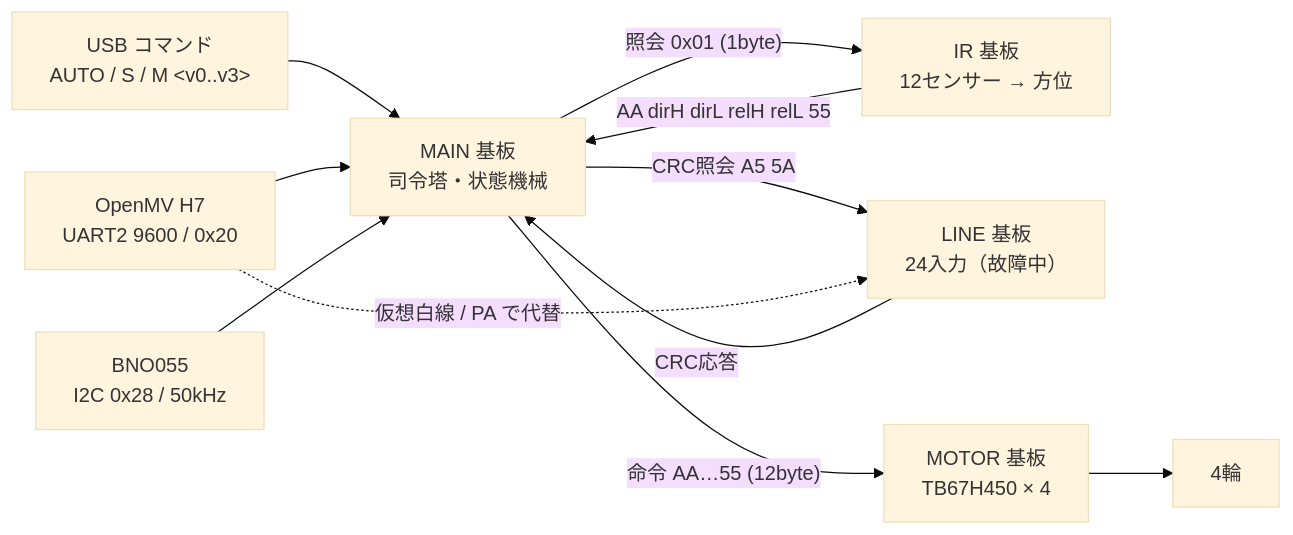
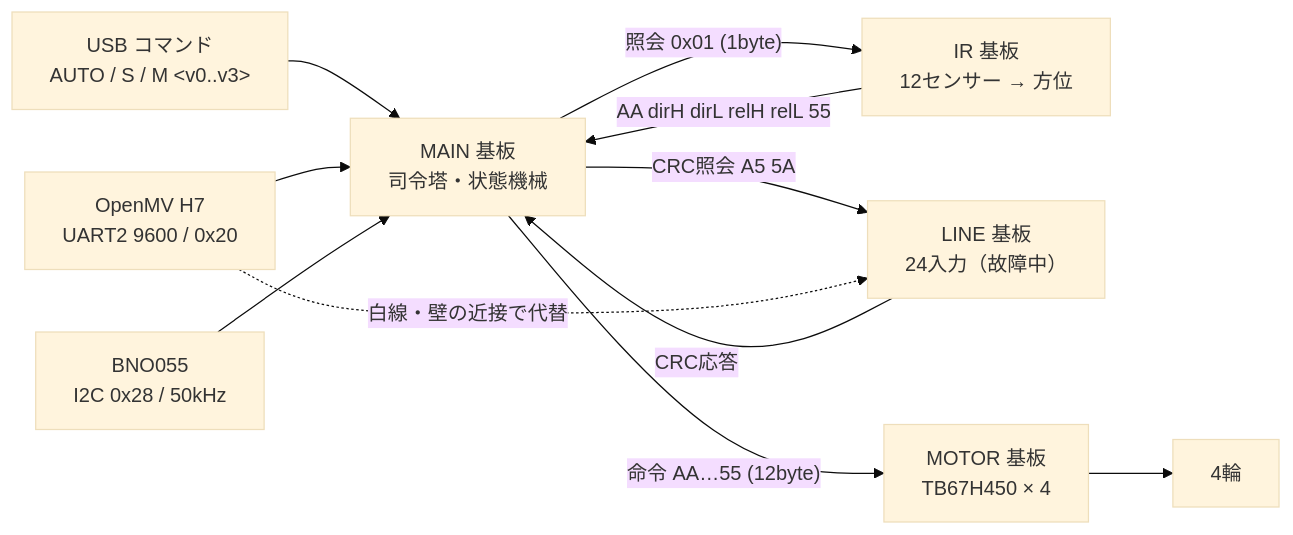
Before and after one commit to naeishuu-collab/soccer-robot-competition-firmware: the first of 2 diagrams in soccer_camera/CODE_AT_A_GLANCE_JA.md, drawn with Mermaid (base theme). The commit also changed other lines of this file and 16 other files, not shown here.

````diff
--- a/soccer_camera/CODE_AT_A_GLANCE_JA.md
+++ b/soccer_camera/CODE_AT_A_GLANCE_JA.md
@@ -37,13 +37,13 @@
 ```mermaid
 flowchart LR
     USB["USB コマンド<br/>AUTO / S / M &lt;v0..v3&gt;"] --> MAIN
     CAM["OpenMV H7<br/>UART2 9600 / 0x20"] --> MAIN
     IMU["BNO055<br/>I2C 0x28 / 50kHz"] --> MAIN
     MAIN["MAIN 基板<br/>司令塔・状態機械"] -->|"照会 0x01 (1byte)"| IR
     MAIN -->|"CRC照会 A5 5A"| LINE
     MAIN -->|"命令 AA…55 (12byte)"| MOTOR
     IR["IR 基板<br/>12センサー → 方位"] -->|"AA dirH dirL relH relL 55"| MAIN
     LINE["LINE 基板<br/>24入力（故障中）"] -->|"CRC応答"| MAIN
     MOTOR["MOTOR 基板<br/>TB67H450 × 4"] --> WHEELS["4輪"]
-    CAM -.->|"仮想白線 / PA で代替"| LINE
+    CAM -.->|"白線・壁の近接で代替"| LINE
 ```
````
